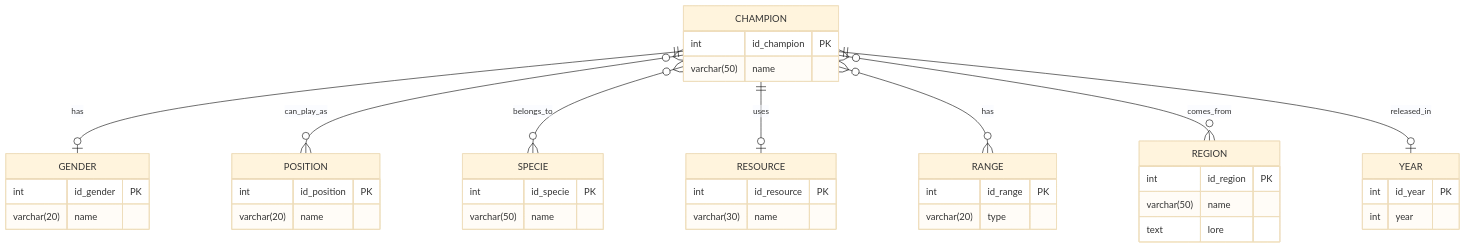
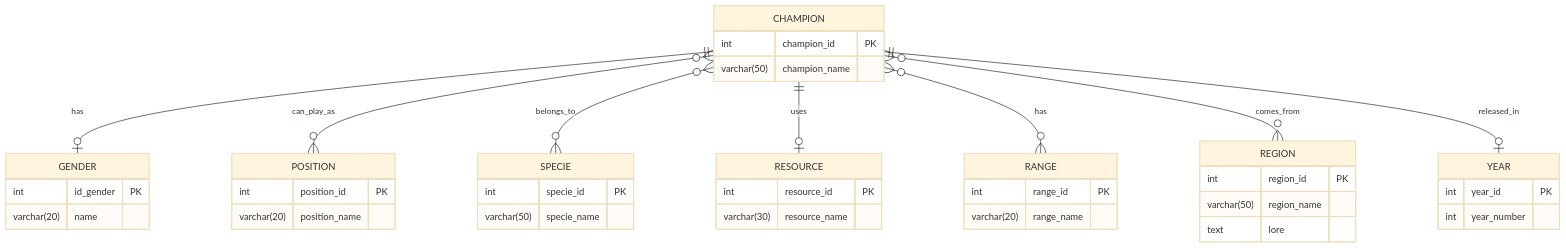
The diagram in TP_integration_MCD.md (osman699/BTS2-CIEL-IR-MCD-2024-2025), drawn with Mermaid (base theme) before and after one commit.

````diff
--- a/TP_integration_MCD.md
+++ b/TP_integration_MCD.md
@@ -59,44 +59,44 @@
 ```mermaid
 erDiagram
     CHAMPION {
-        int id_champion PK
-        varchar(50) name
+        int champion_id PK
+        varchar(50) champion_name
     }
     GENDER {
         int id_gender PK
         varchar(20) name
     }
     POSITION {
-        int id_position PK
-        varchar(20) name
+        int position_id PK
+        varchar(20) position_name
     }
     SPECIE {
-        int id_specie PK
-        varchar(50) name
+        int specie_id PK
+        varchar(50) specie_name
     }
     RESOURCE {
-        int id_resource PK
-        varchar(30) name
+        int resource_id PK
+        varchar(30) resource_name
     }
     RANGE {
-        int id_range PK
-        varchar(20) type
+        int range_id PK
+        varchar(20) range_name
     }
     REGION {
-        int id_region PK
-        varchar(50) name
+        int region_id PK
+        varchar(50) region_name
         text lore
     }
     YEAR {
-        int id_year PK
-        int year
+        int year_id PK
+        int year_number
     }
 
     CHAMPION ||--o| GENDER : "has"
     CHAMPION }o--o{ POSITION : "can_play_as"
     CHAMPION }o--o{ SPECIE : "belongs_to"
     CHAMPION ||--o| RESOURCE : "uses"
     CHAMPION }o--o{ RANGE : "has"
     CHAMPION }o--o{ REGION : "comes_from"
     CHAMPION ||--o| YEAR : "released_in"
 ```
````
